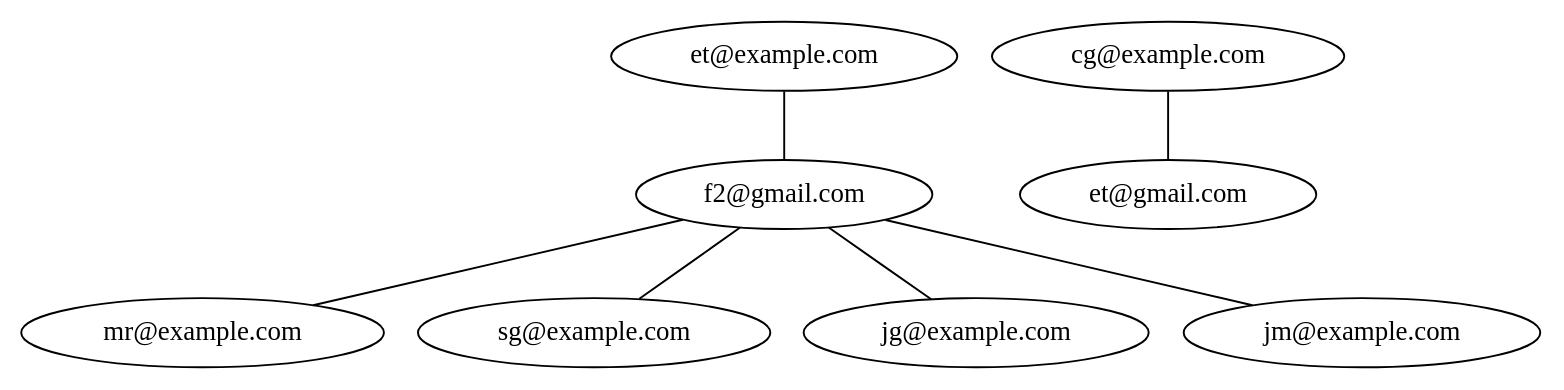
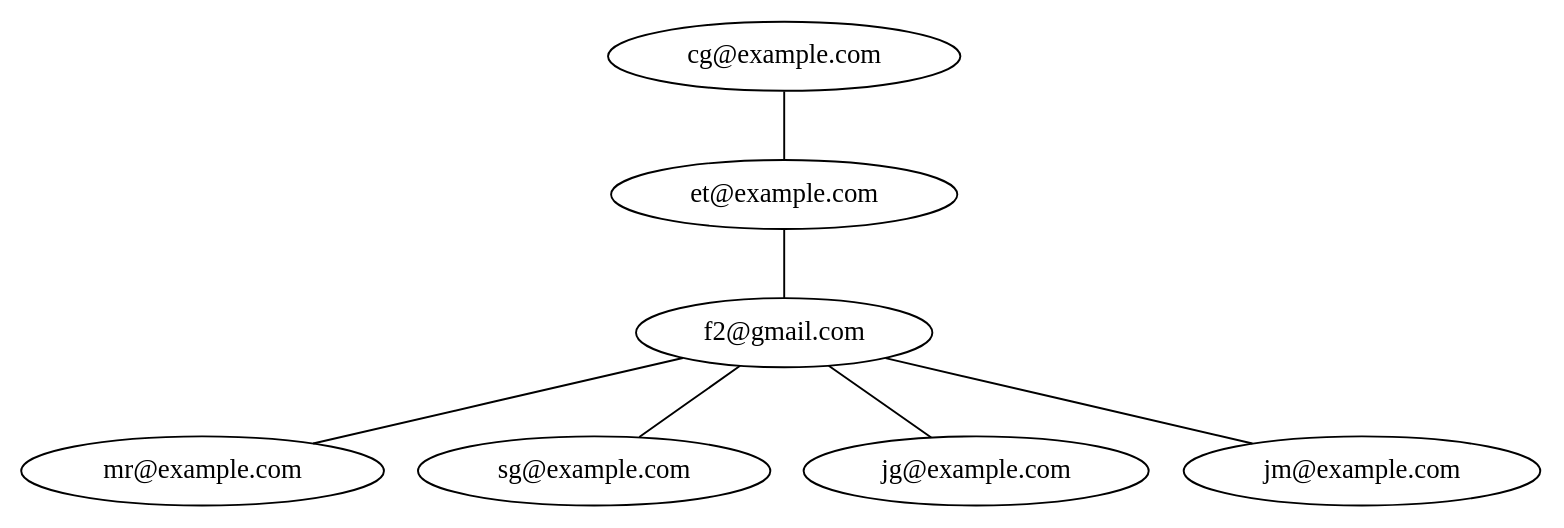
One commit to Kevin-alvarez1/PROYECTO_MULTIFASES_RED_SOCIAL changed the diagram in Fase3/main/build/Desktop_Qt_6_7_2_MinGW_64_bit-Debug/grafo.dot. Above: the diagram before and after it, drawn with Graphviz. The commit also changed 332 other files, not shown here.

```diff
--- a/Fase3/main/build/Desktop_Qt_6_7_2_MinGW_64_bit-Debug/grafo.dot
+++ b/Fase3/main/build/Desktop_Qt_6_7_2_MinGW_64_bit-Debug/grafo.dot
@@ -1,16 +1,15 @@
 digraph G {
 "f2@gmail.com"[label="f2@gmail.com"];
 "f2@gmail.com" -> "mr@example.com"[dir=none];
 "f2@gmail.com" -> "sg@example.com"[dir=none];
 "f2@gmail.com" -> "jg@example.com"[dir=none];
 "f2@gmail.com" -> "jm@example.com"[dir=none];
 "mr@example.com"[label="mr@example.com"];
 "sg@example.com"[label="sg@example.com"];
 "jg@example.com"[label="jg@example.com"];
 "jm@example.com"[label="jm@example.com"];
 "et@example.com"[label="et@example.com"];
 "et@example.com" -> "f2@gmail.com"[dir=none];
 "cg@example.com"[label="cg@example.com"];
-"cg@example.com" -> "et@gmail.com"[dir=none];
-"et@gmail.com"[label="et@gmail.com"];
+"cg@example.com" -> "et@example.com"[dir=none];
 }
```
